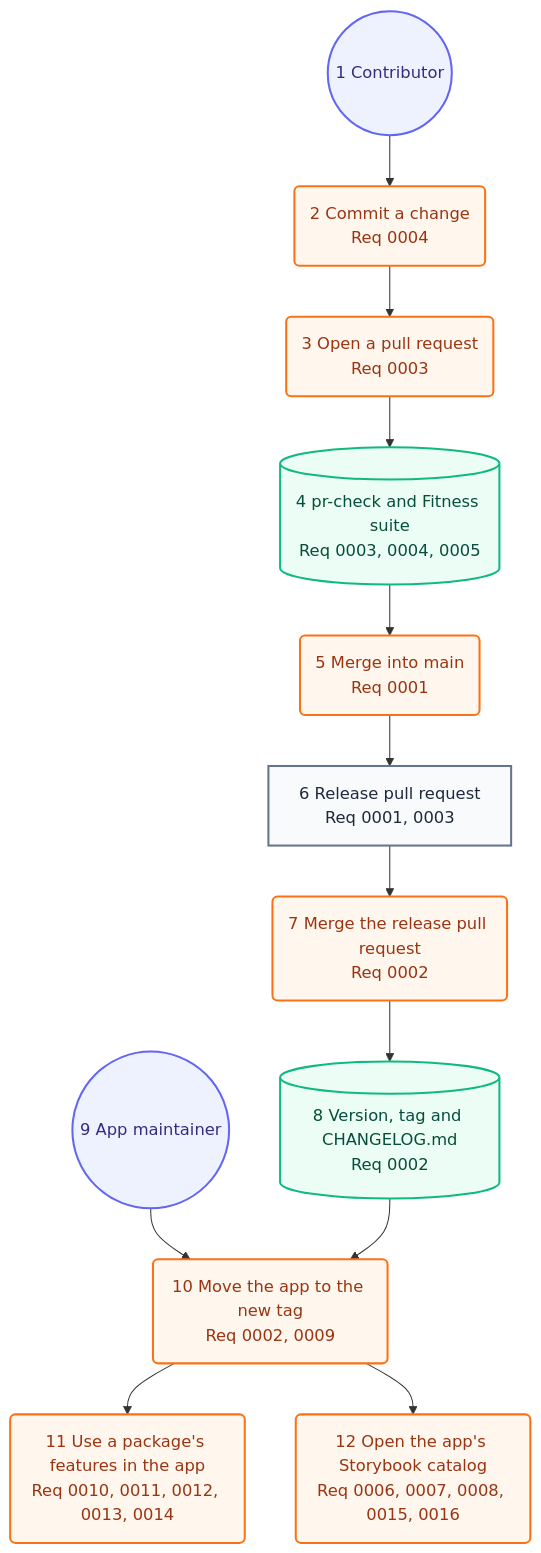
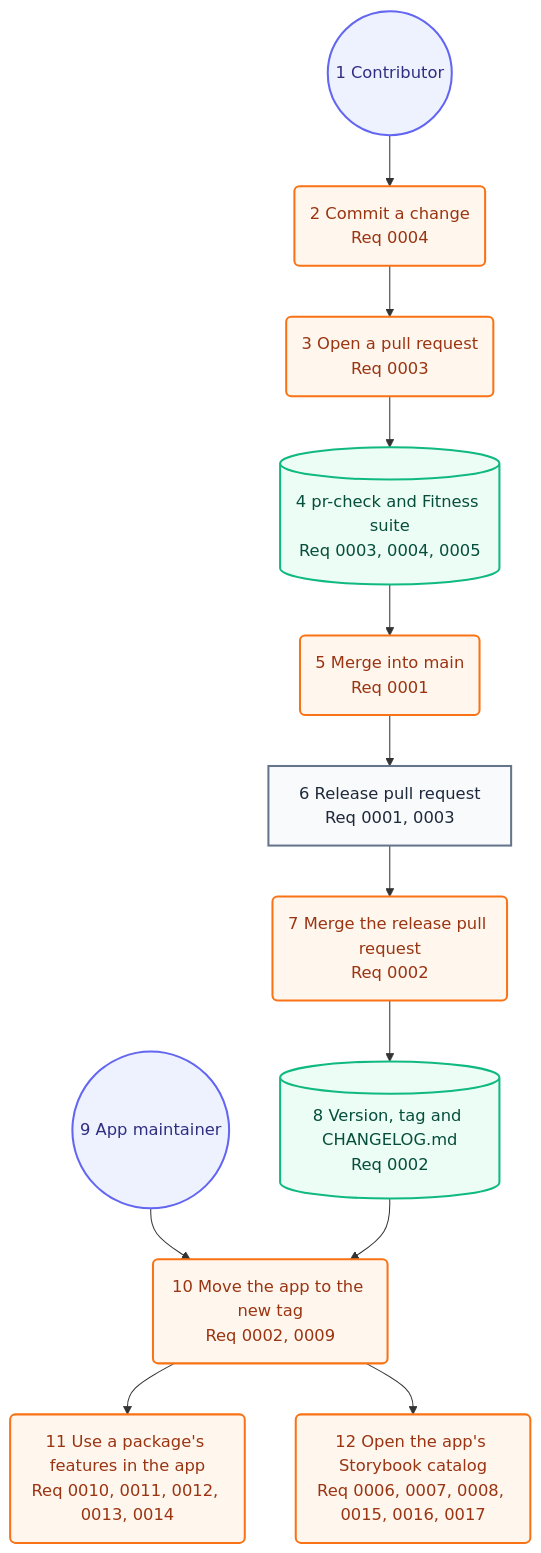
One commit to may-journal/common-swift changed the second of 2 diagrams in docs/architecture/05-user-journey.md. Above: the diagram before and after it, drawn with Mermaid. The commit also changed 12 other files, not shown here.

````diff
--- a/docs/architecture/05-user-journey.md
+++ b/docs/architecture/05-user-journey.md
@@ -33,32 +33,32 @@
 ```mermaid
 flowchart TB
     contributor((1 Contributor)):::persona
     commit(2 Commit a change<br/>Req 0004):::action
     open(3 Open a pull request<br/>Req 0003):::action
     checks[(4 pr-check and Fitness suite<br/>Req 0003, 0004, 0005)]:::system
     merge(5 Merge into main<br/>Req 0001):::action
     releasePR[6 Release pull request<br/>Req 0001, 0003]:::screen
     release(7 Merge the release pull request<br/>Req 0002):::action
     tag[(8 Version, tag and CHANGELOG.md<br/>Req 0002)]:::system
     maintainer((9 App maintainer)):::persona
     update(10 Move the app to the new tag<br/>Req 0002, 0009):::action
     adopt(11 Use a package's features in the app<br/>Req 0010, 0011, 0012, 0013, 0014):::action
-    storybook(12 Open the app's Storybook catalog<br/>Req 0006, 0007, 0008, 0015, 0016):::action
+    storybook(12 Open the app's Storybook catalog<br/>Req 0006, 0007, 0008, 0015, 0016, 0017):::action
 
     contributor --> commit
     commit --> open
     open --> checks
     checks --> merge
     merge --> releasePR
     releasePR --> release
     release --> tag
     maintainer --> update
     tag --> update
     update --> adopt
     update --> storybook
 
     classDef persona fill:#eef2ff,stroke:#6366f1,color:#312e81,stroke-width:2px
     classDef screen fill:#f8fafc,stroke:#64748b,color:#1e293b,stroke-width:2px
     classDef action fill:#fff7ed,stroke:#f97316,color:#9a3412,stroke-width:2px
     classDef system fill:#ecfdf5,stroke:#10b981,color:#064e3b,stroke-width:2px
 ```
````
